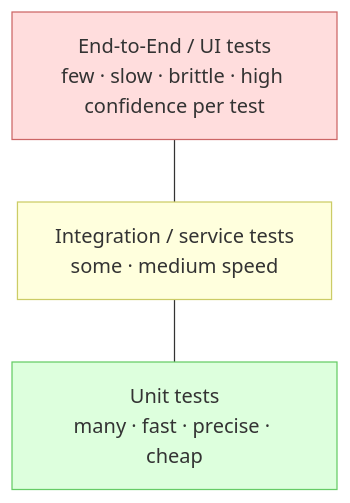
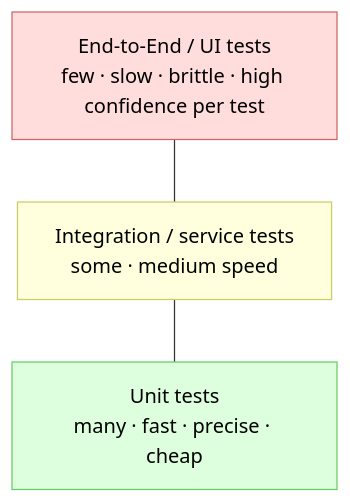
Before and after one commit to vrthra/open-swe-book: the first of 2 diagrams in chapters/09-testing/README.md, drawn with Mermaid. The commit also changed other lines of this file and 9 other files, not shown here.

Commit message:
Fix for typos and diagrams in dark mode

````diff
--- a/chapters/09-testing/README.md
+++ b/chapters/09-testing/README.md
@@ -312,11 +312,11 @@
 ```mermaid
 flowchart TD
     E["End-to-End / UI tests<br/>few · slow · brittle · high confidence per test"]
     I["Integration / service tests<br/>some · medium speed"]
     U["Unit tests<br/>many · fast · precise · cheap"]
     E --- I --- U
-    classDef top fill:#fdd,stroke:#c66;
-    classDef mid fill:#ffd,stroke:#cc6;
-    classDef bot fill:#dfd,stroke:#6c6;
+    classDef top fill:#fdd,stroke:#c66,color:#000;
+    classDef mid fill:#ffd,stroke:#cc6,color:#000;
+    classDef bot fill:#dfd,stroke:#6c6,color:#000;
     class E top; class I mid; class U bot;
 ```
````
